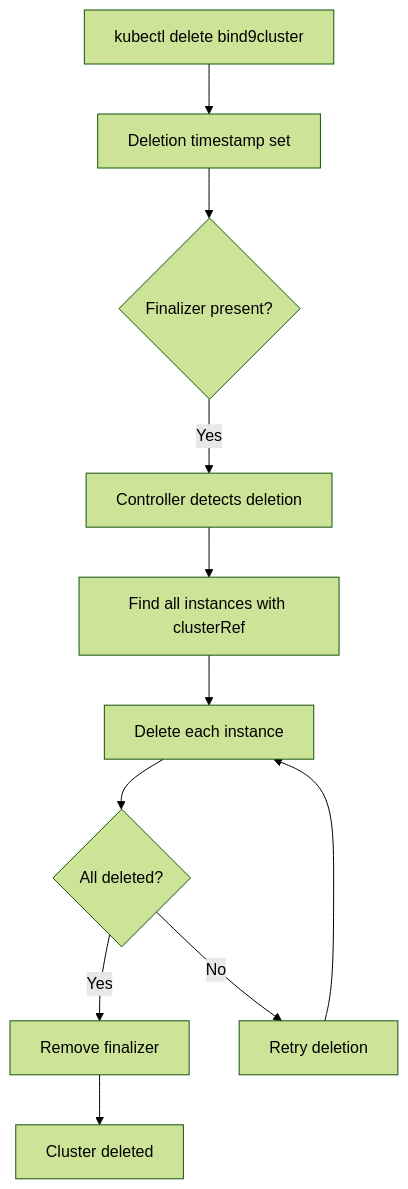
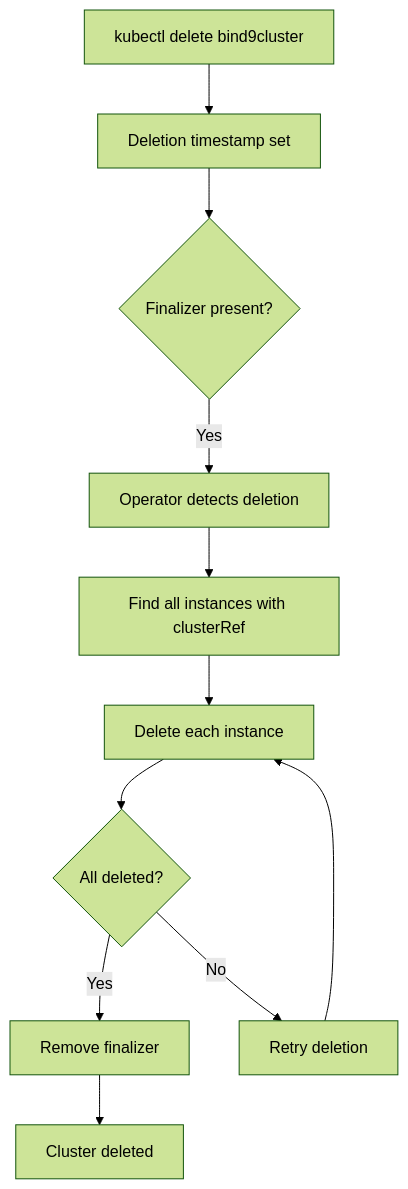
Before and after one commit to firestoned/bindy: the third of 6 diagrams in docs/src/concepts/architecture.md, drawn with Mermaid (forest theme). The commit also changed other lines of this file and 150 other files, not shown here.

Commit message:
Change the occurences from controller to operator (#83)

````diff
--- a/docs/src/concepts/architecture.md
+++ b/docs/src/concepts/architecture.md
@@ -242,13 +242,13 @@
 ```mermaid
 flowchart TD
     A[kubectl delete bind9cluster] --> B[Deletion timestamp set]
     B --> C{Finalizer present?}
-    C -->|Yes| D[Controller detects deletion]
+    C -->|Yes| D[Operator detects deletion]
     D --> E[Find all instances with clusterRef]
     E --> F[Delete each instance]
     F --> G{All deleted?}
     G -->|Yes| H[Remove finalizer]
     G -->|No| I[Retry deletion]
     H --> J[Cluster deleted]
     I --> F
 ```
````
